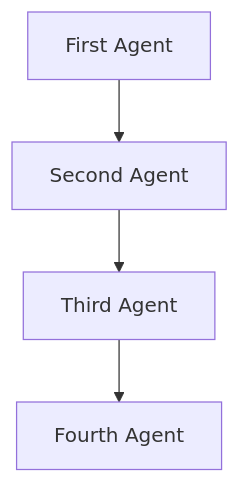
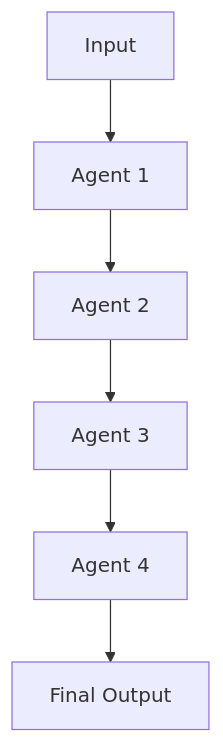
Before and after one commit to kyegomez/swarms: the fourth of 23 diagrams in docs/swarms/concept/swarm_architectures.md, drawn with Mermaid. The commit also changed other lines of this file, not shown here.

Commit message:
what are multi agent architectures?

````diff
--- a/docs/swarms/concept/swarm_architectures.md
+++ b/docs/swarms/concept/swarm_architectures.md
@@ -98,6 +161,8 @@
 ```mermaid
 graph TD
-    A[First Agent] --> B[Second Agent]
-    B --> C[Third Agent]
-    C --> D[Fourth Agent]
+    A[Input] --> B[Agent 1]
+    B --> C[Agent 2]
+    C --> D[Agent 3]
+    D --> E[Agent 4]
+    E --> F[Final Output]
 ```
````
